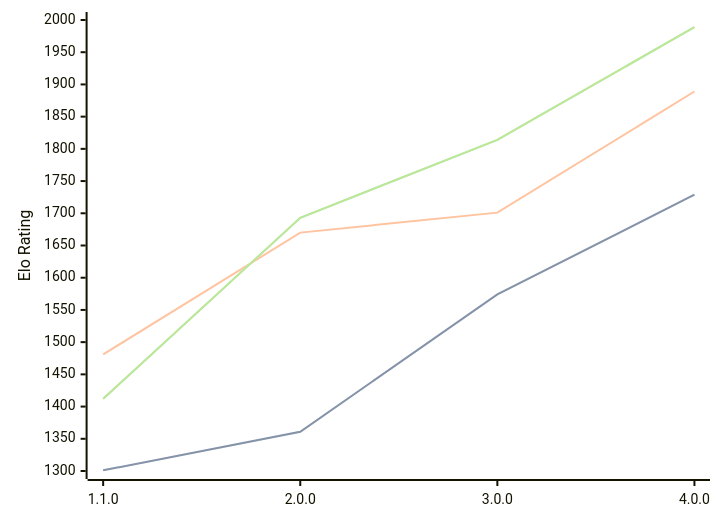
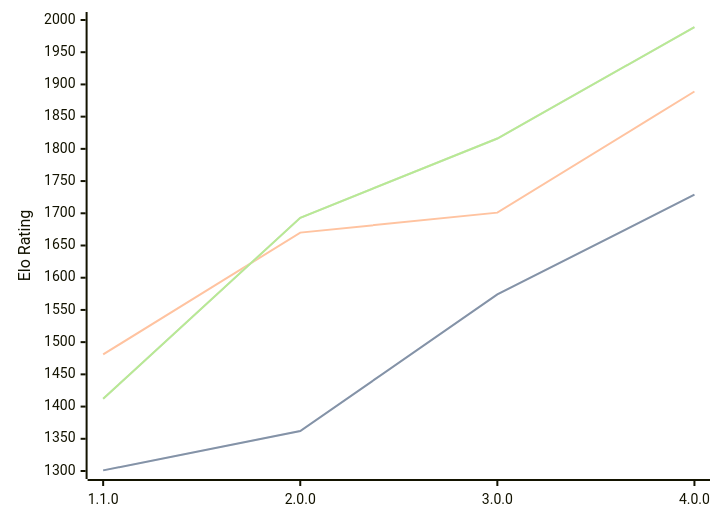
Before and after one commit to computer-chess-index/cci: the diagram in engines/Laura.md, drawn with Mermaid. The commit also changed other lines of this file, not shown here.

Commit message:
Update CCI Ratings (ELO VLTC) - 2026-10-03

````diff
--- a/engines/Laura.md
+++ b/engines/Laura.md
@@ -34,11 +34,11 @@
 ```mermaid
 %%{init: {"theme":"base","themeVariables":{"seriesColors:['#a3a3a3','#222221','#faa371']}}}%%
 xychart-beta
   x-axis ["1.1.0", "2.0.0", "3.0.0", "4.0.0"]
   y-axis "Elo Rating" 1300 --> 2000
-  line "" [1301, 1361, 1574, 1729]
-  line "STC (8.0+0.08s)" [1301, 1361, 1574, 1729]
+  line "" [1301, 1362, 1574, 1729]
+  line "STC (8.0+0.08s)" [1301, 1362, 1574, 1729]
   line "LTC (60.0+0.60s)" [1481, 1670, 1701, 1889]
-  line "" [1412, 1693, 1814, 1989]
-  line "VLTC (2m24s+1.12s)" [1412, 1693, 1814, 1989]
+  line "" [1412, 1693, 1816, 1989]
+  line "VLTC (2m24s+1.12s)" [1412, 1693, 1816, 1989]
 ```
````
